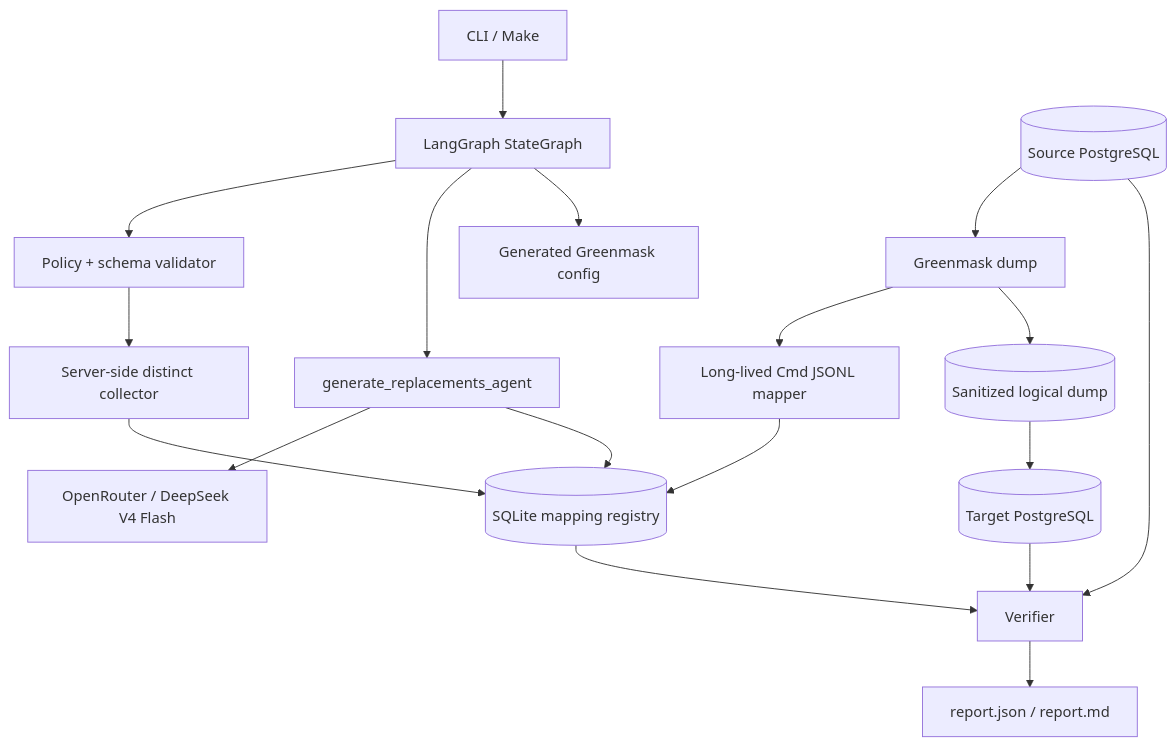
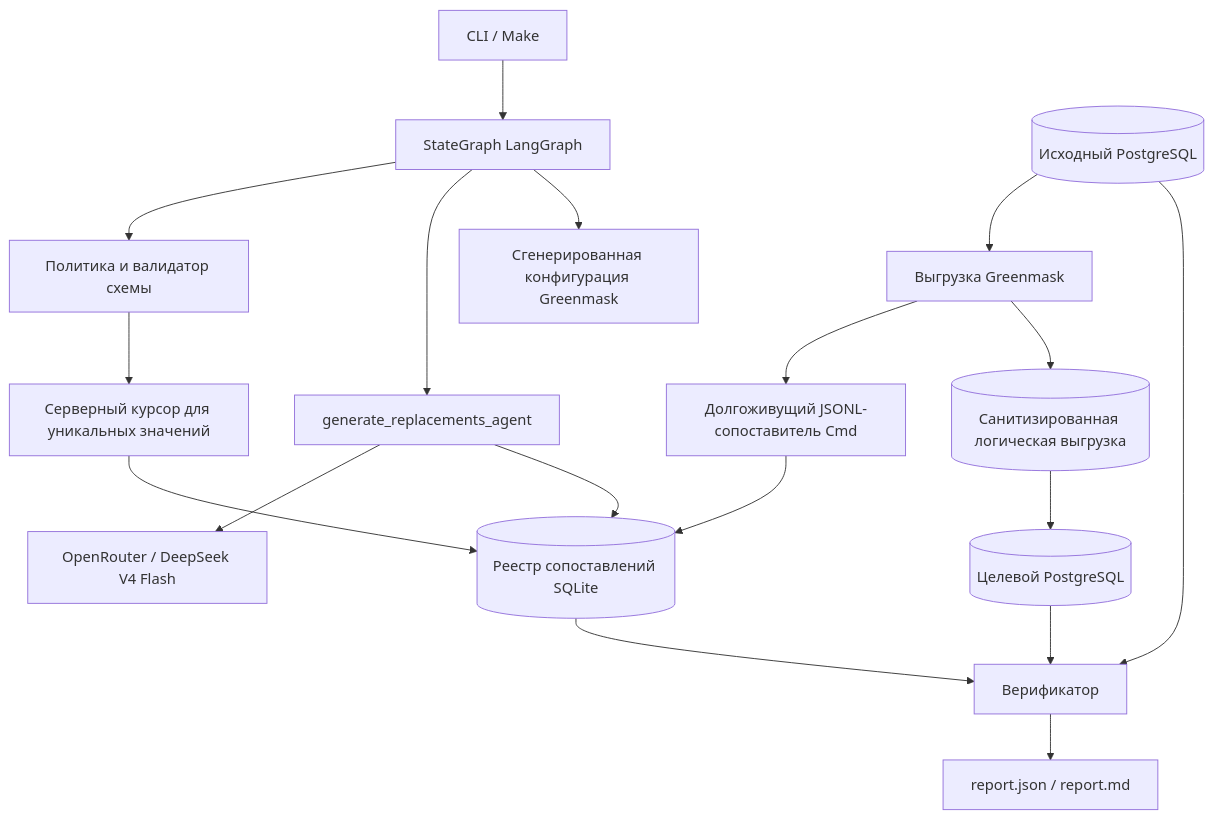
Before and after one commit to CrazyAngelm/db-sanitizer: the diagram in README.md, drawn with Mermaid. The commit also changed other lines of this file, not shown here.

````diff
--- a/README.md
+++ b/README.md
@@ -37,20 +37,20 @@
 ```mermaid
 flowchart TD
-    CLI[CLI / Make] --> LG[LangGraph StateGraph]
-    LG --> P[Policy + schema validator]
-    P --> C[Server-side distinct collector]
-    C --> R[(SQLite mapping registry)]
+    CLI[CLI / Make] --> LG[StateGraph LangGraph]
+    LG --> P[Политика и валидатор схемы]
+    P --> C[Серверный курсор для уникальных значений]
+    C --> R[(Реестр сопоставлений SQLite)]
     LG --> A[generate_replacements_agent]
     A --> OR[OpenRouter / DeepSeek V4 Flash]
     A --> R
-    LG --> G[Generated Greenmask config]
-    S[(Source PostgreSQL)] --> GM[Greenmask dump]
-    GM --> M[Long-lived Cmd JSONL mapper]
+    LG --> G[Сгенерированная конфигурация Greenmask]
+    S[(Исходный PostgreSQL)] --> GM[Выгрузка Greenmask]
+    GM --> M[Долгоживущий JSONL-сопоставитель Cmd]
     M --> R
-    GM --> D[(Sanitized logical dump)]
-    D --> T[(Target PostgreSQL)]
-    S --> V[Verifier]
+    GM --> D[(Санитизированная логическая выгрузка)]
+    D --> T[(Целевой PostgreSQL)]
+    S --> V[Верификатор]
     T --> V
     R --> V
     V --> REP[report.json / report.md]
 ```
````
